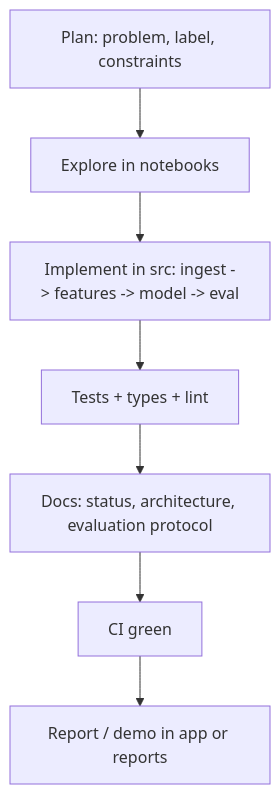
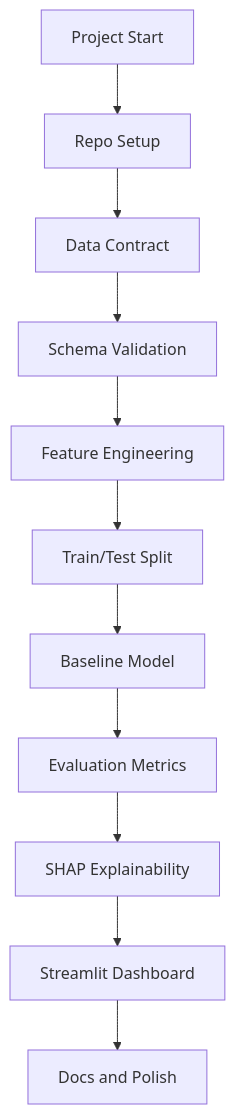
One commit to yash1-coder/Customer-Churn-Prediction changed the diagram in docs/workflow.mmd. Above: the diagram before and after it, drawn with Mermaid. The commit also changed 8 other files, not shown here.

First line of the commit message:
Add Streamlit dashboard and update all documentation

```diff
--- a/docs/workflow.mmd
+++ b/docs/workflow.mmd
@@ -1,7 +1,11 @@
 flowchart TD
-  A[Plan: problem, label, constraints] --> B[Explore in notebooks]
-  B --> C[Implement in src: ingest -> features -> model -> eval]
-  C --> D[Tests + types + lint]
-  D --> E[Docs: status, architecture, evaluation protocol]
-  E --> F[CI green]
-  F --> G[Report / demo in app or reports]
+    A[Project Start] --> B[Repo Setup]
+    B --> C[Data Contract]
+    C --> D[Schema Validation]
+    D --> E[Feature Engineering]
+    E --> F[Train/Test Split]
+    F --> G[Baseline Model]
+    G --> H[Evaluation Metrics]
+    H --> I[SHAP Explainability]
+    I --> J[Streamlit Dashboard]
+    J --> K[Docs and Polish]
```
